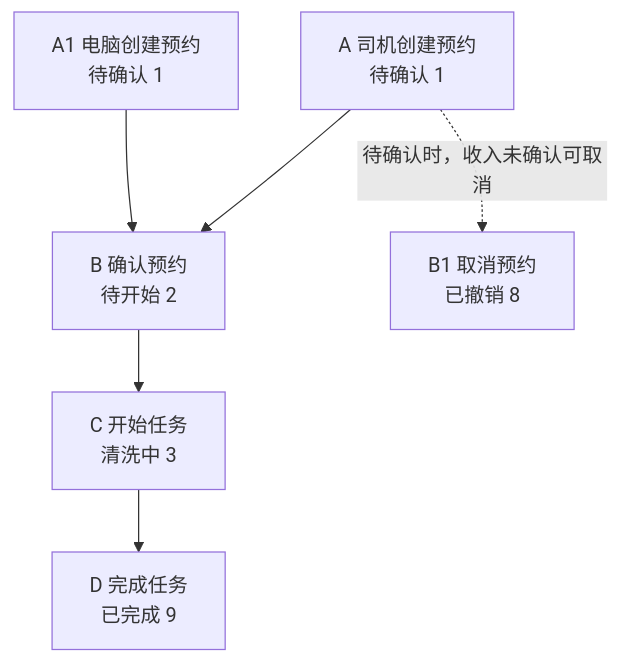
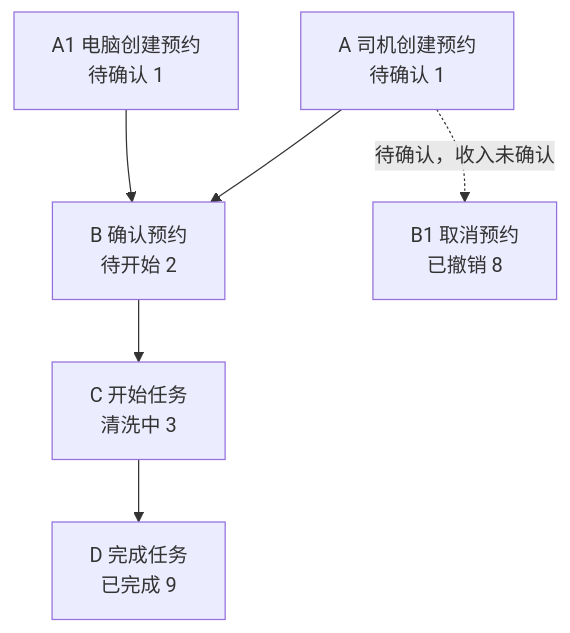
One commit to mapanpan0802-ui/codexAi changed the first of 6 diagrams in skill-previews/code-module-feature-map/yard-tank-clean/developer-guide.md. Above: the diagram before and after it, drawn with Mermaid. The commit also changed other lines of this file and 6 other files, not shown here.

````diff
--- a/skill-previews/code-module-feature-map/yard-tank-clean/developer-guide.md
+++ b/skill-previews/code-module-feature-map/yard-tank-clean/developer-guide.md
@@ -38,8 +36,8 @@
 ```mermaid
 flowchart TD
     A["A 司机创建预约<br/>待确认 1"] --> B["B 确认预约<br/>待开始 2"]
     A1["A1 电脑创建预约<br/>待确认 1"] --> B
     B --> C["C 开始任务<br/>清洗中 3"]
     C --> D["D 完成任务<br/>已完成 9"]
-    A -. "待确认时，收入未确认可取消" .-> B1["B1 取消预约<br/>已撤销 8"]
+    A -. "待确认，收入未确认" .-> B1["B1 取消预约<br/>已撤销 8"]
 ```
````
